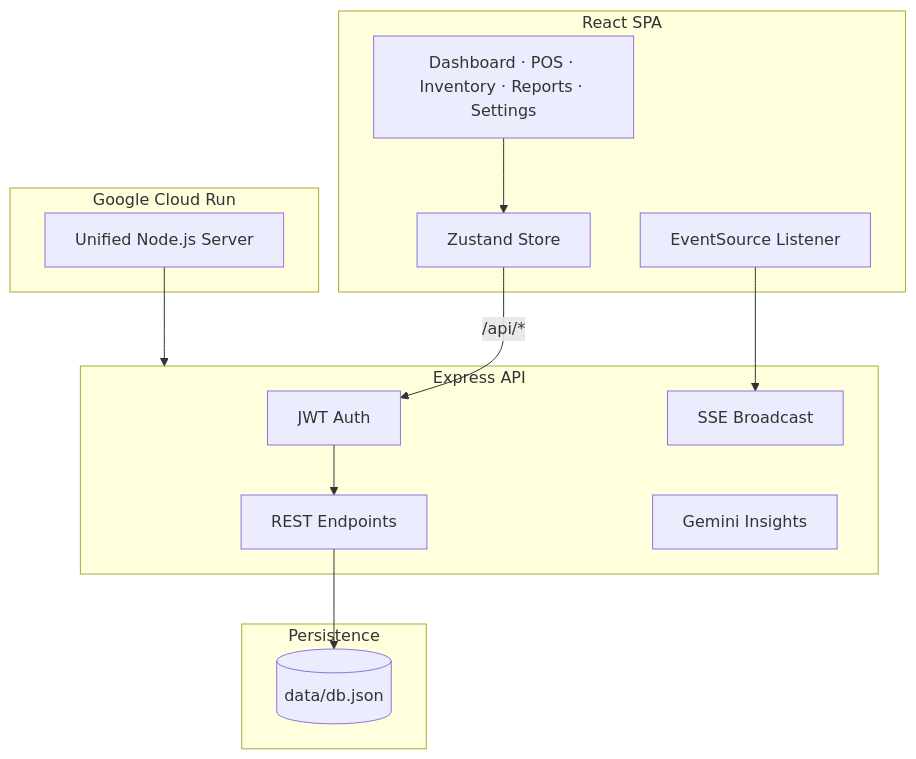
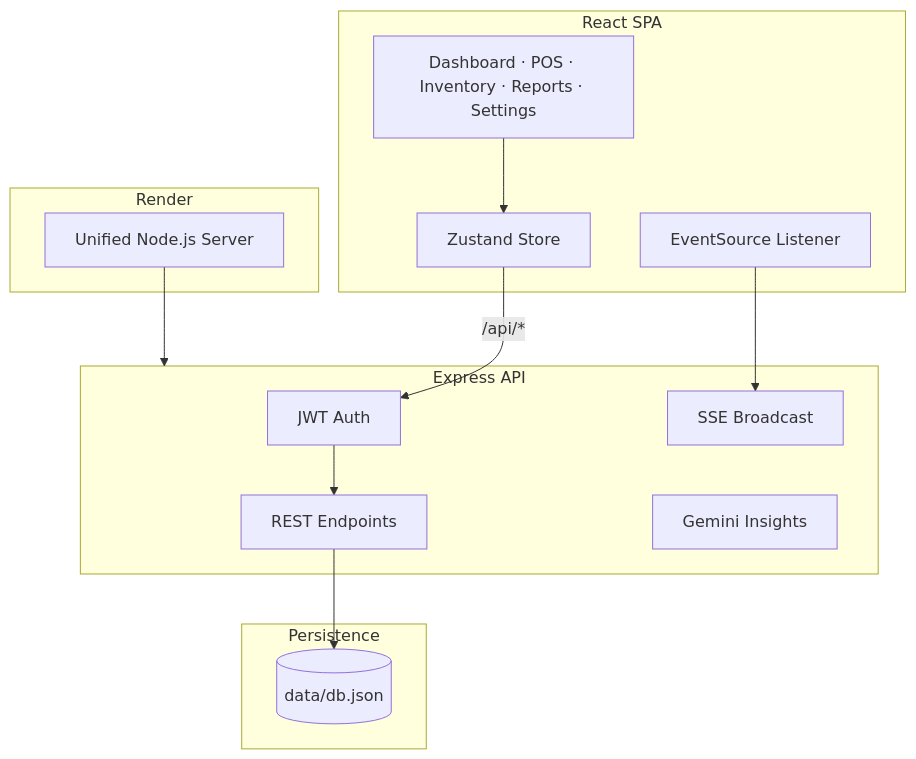
One commit to mkkbun/POS-Inventory-Management-System changed the diagram in README.md. Above: the diagram before and after it, drawn with Mermaid. The commit also changed other lines of this file and 2 other files, not shown here.

First line of the commit message:
Publish Apex POS showcase with Render live demo

````diff
--- a/README.md
+++ b/README.md
@@ -192,30 +193,30 @@
 ```mermaid
 flowchart TB
     subgraph Client["React SPA"]
         UI[Dashboard · POS · Inventory · Reports · Settings]
         Store[Zustand Store]
         SSE[EventSource Listener]
     end
 
     subgraph Server["Express API"]
         Auth[JWT Auth]
         API[REST Endpoints]
         Events[SSE Broadcast]
         AI[Gemini Insights]
     end
 
-    subgraph Deploy["Google Cloud Run"]
+    subgraph Deploy["Render"]
         App[Unified Node.js Server]
     end
 
     subgraph Data["Persistence"]
         JSON[(data/db.json)]
     end
 
     UI --> Store
     Store -->|/api/*| Auth
     Auth --> API
     API --> JSON
     SSE --> Events
     App --> Server
 ```
````
